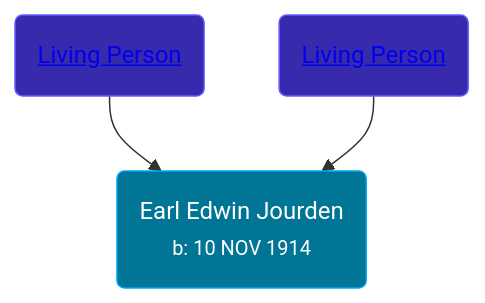
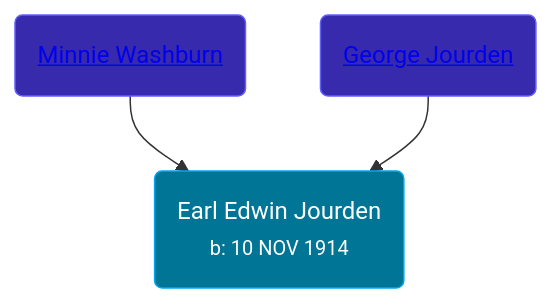
One commit to wpmgotkh/wpmgotkh.github.io changed the diagram in pages/people/9/93806660.md. Above: the diagram before and after it, drawn with Mermaid. The commit also changed other lines of this file and 586 other files, not shown here.

Commit message:
feat: better shouldConsiderPersonLiving algo

````diff
--- a/pages/people/9/93806660.md
+++ b/pages/people/9/93806660.md
@@ -11,9 +11,9 @@
 ```mermaid
 graph
 classDef grands fill:#193cb8,stroke:#2b7fff,stroke-width:1px,color:#fff;
 classDef parents fill:#372aac,stroke:#615fff,stroke-width:1px,color:#fff;
 classDef primary fill:#007595,stroke:#00a6f4,stroke-width:1px,color:#fff;
 93806660(Earl Edwin Jourden<br /><small>b: 10 NOV 1914</small>):::primary
-13406384(<a class="text-white" href="/people/1/13406384">Living Person</a>):::parents-->93806660
-38504226(<a class="text-white" href="/people/3/38504226">Living Person</a>):::parents-->93806660
+13406384(<a class="text-white" href="/people/1/13406384">Minnie Washburn</a>):::parents-->93806660
+38504226(<a class="text-white" href="/people/3/38504226">George Jourden</a>):::parents-->93806660
 ```
````
